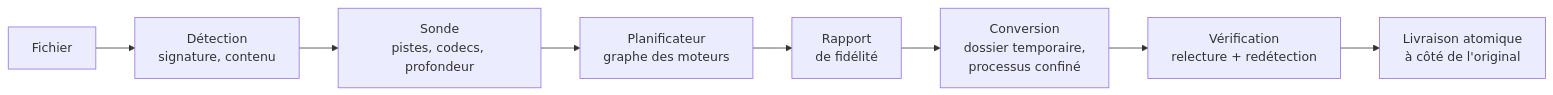
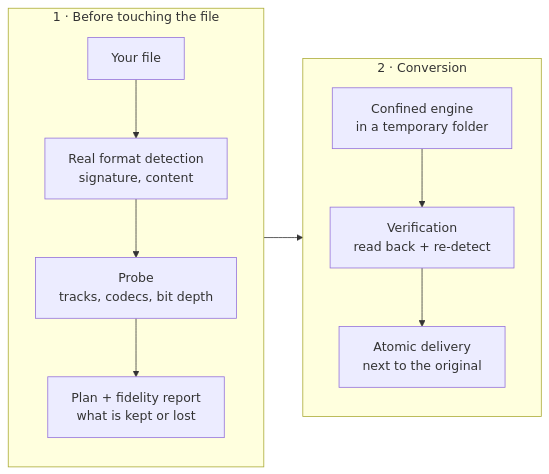
Before and after one commit to BigFatDeuce/chud-converter: the diagram in README.md, drawn with Mermaid. The commit also changed other lines of this file and 5 other files, not shown here.

````diff
--- a/README.md
+++ b/README.md
@@ -108,10 +98,15 @@
 ```mermaid
 flowchart LR
-    A[Fichier] --> B["Détection<br/>signature, contenu"]
-    B --> C["Sonde<br/>pistes, codecs, profondeur"]
-    C --> D["Planificateur<br/>graphe des moteurs"]
-    D --> E["Rapport<br/>de fidélité"]
-    E --> F["Conversion<br/>dossier temporaire,<br/>processus confiné"]
-    F --> G["Vérification<br/>relecture + redétection"]
-    G --> H["Livraison atomique<br/>à côté de l'original"]
+    subgraph before ["1 · Before touching the file"]
+        direction TB
+        A["Your file"] --> B["Real format detection<br/>signature, content"]
+        B --> C["Probe<br/>tracks, codecs, bit depth"]
+        C --> D["Plan + fidelity report<br/>what is kept or lost"]
+    end
+    subgraph during ["2 · Conversion"]
+        direction TB
+        E["Confined engine<br/>in a temporary folder"] --> F["Verification<br/>read back + re-detect"]
+        F --> G["Atomic delivery<br/>next to the original"]
+    end
+    D --> E
 ```
````
